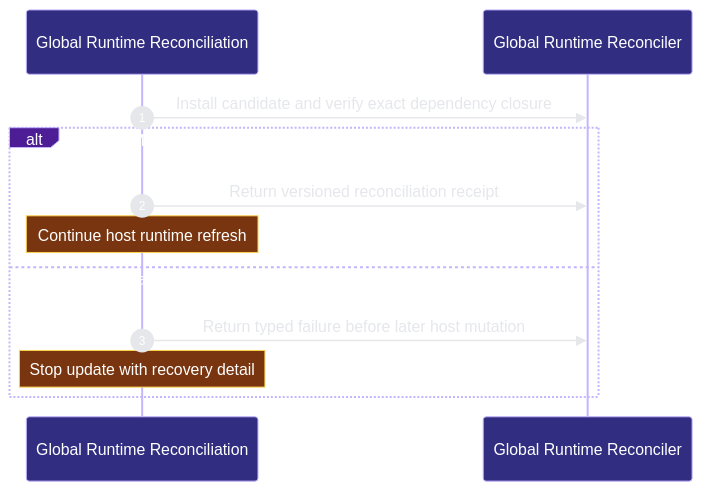
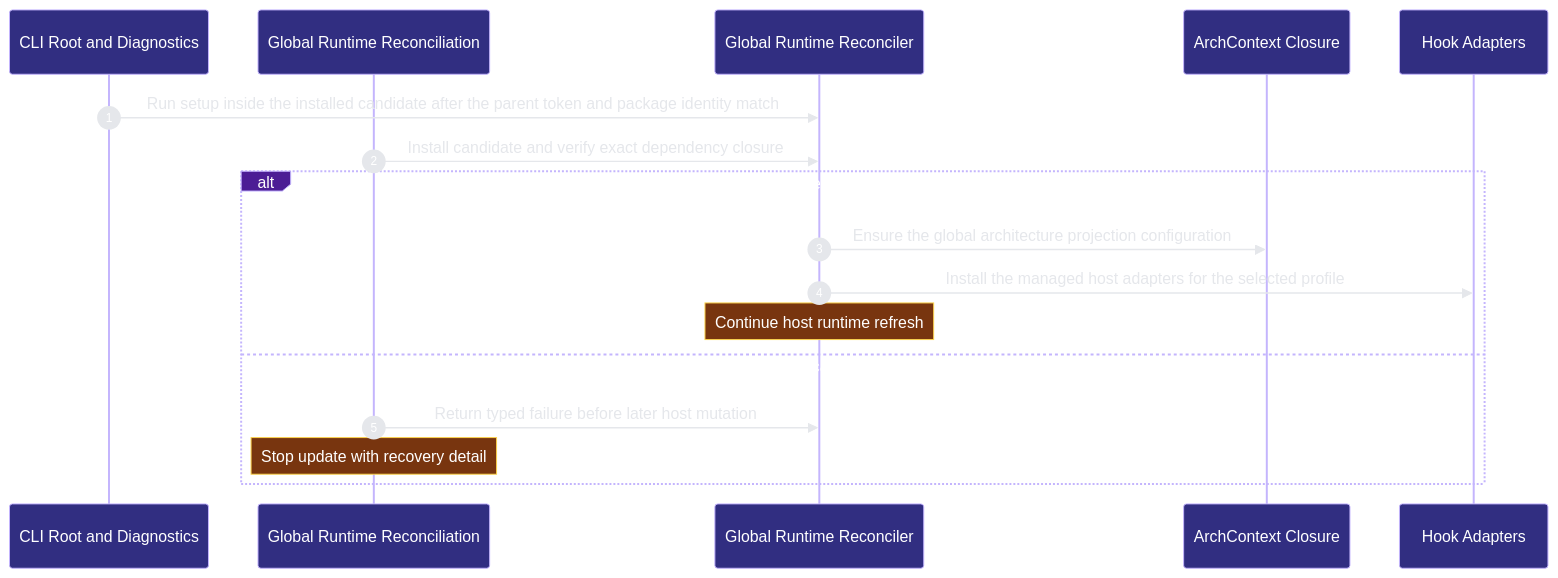
Before and after one commit to Ancienttwo/repo-harness: the second of 2 diagrams in docs/architecture/modules/runtime-harness/global-runtime-reconciliation.md, drawn with Mermaid. The commit also changed other lines of this file and 65 other files, not shown here.

````diff
--- a/docs/architecture/modules/runtime-harness/global-runtime-reconciliation.md
+++ b/docs/architecture/modules/runtime-harness/global-runtime-reconciliation.md
@@ -57,15 +71,20 @@
 ```mermaid
 %%{init: {"theme":"base","themeVariables":{"background":"#0d1117","actorBkg":"#312e81","actorBorder":"#c4b5fd","actorTextColor":"#ffffff","signalColor":"#e5e7eb","signalTextColor":"#e5e7eb","labelBoxBkgColor":"#4c1d95","labelBoxBorderColor":"#c4b5fd","labelTextColor":"#ffffff","noteBkgColor":"#78350f","noteBorderColor":"#fcd34d","noteTextColor":"#ffffff","sequenceNumberColor":"#ffffff"}}}%%
 sequenceDiagram
   autonumber
+  participant p2_cli_root_24d546ae as CLI Root and Diagnostics
   participant p2_update_command_da52852b as Global Runtime Reconciliation
   participant p2_reconciler_93a3ce0f as Global Runtime Reconciler
+  participant p2_archctx_closure_c0374f9d as ArchContext Closure
+  participant p2_hook_adapters_e2a7f63a as Hook Adapters
+  p2_cli_root_24d546ae->>p2_reconciler_93a3ce0f: Run setup inside the installed candidate after the parent token and package identity match
   p2_update_command_da52852b->>p2_reconciler_93a3ce0f: Install candidate and verify exact dependency closure
   alt Mandatory closure and selected profile tooling are ready
-  p2_update_command_da52852b->>p2_reconciler_93a3ce0f: Return versioned reconciliation receipt
-    Note over p2_update_command_da52852b: Continue host runtime refresh
-  else Package， Node， capability， or tooling readback failed
+  p2_reconciler_93a3ce0f->>p2_archctx_closure_c0374f9d: Ensure the global architecture projection configuration
+  p2_reconciler_93a3ce0f->>p2_hook_adapters_e2a7f63a: Install the managed host adapters for the selected profile
+    Note over p2_reconciler_93a3ce0f: Continue host runtime refresh
+  else Package or Node or capability or tooling readback failed
   p2_update_command_da52852b->>p2_reconciler_93a3ce0f: Return typed failure before later host mutation
     Note over p2_update_command_da52852b: Stop update with recovery detail
   end
 ```
````
